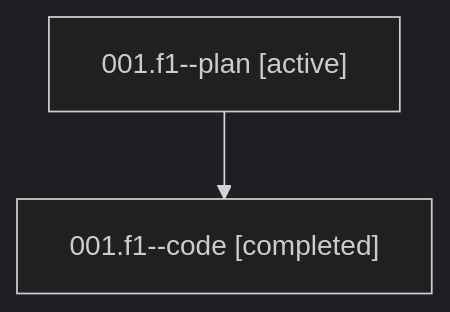
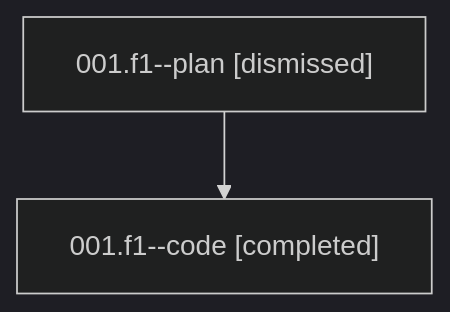
Before and after one commit to sase-org/sase--agents: the diagram in sessions/bbugyi200.athena.001.f1.md, drawn with Mermaid (dark theme). The commit also changed other lines of this file and 38 other files, not shown here.

````diff
--- a/sessions/bbugyi200.athena.001.f1.md
+++ b/sessions/bbugyi200.athena.001.f1.md
@@ -9,6 +9,6 @@
 ```mermaid
 flowchart TD
-  n0["001.f1--plan [active]"]
+  n0["001.f1--plan [dismissed]"]
   n1["001.f1--code [completed]"]
   n0 --> n1
 ```
````
